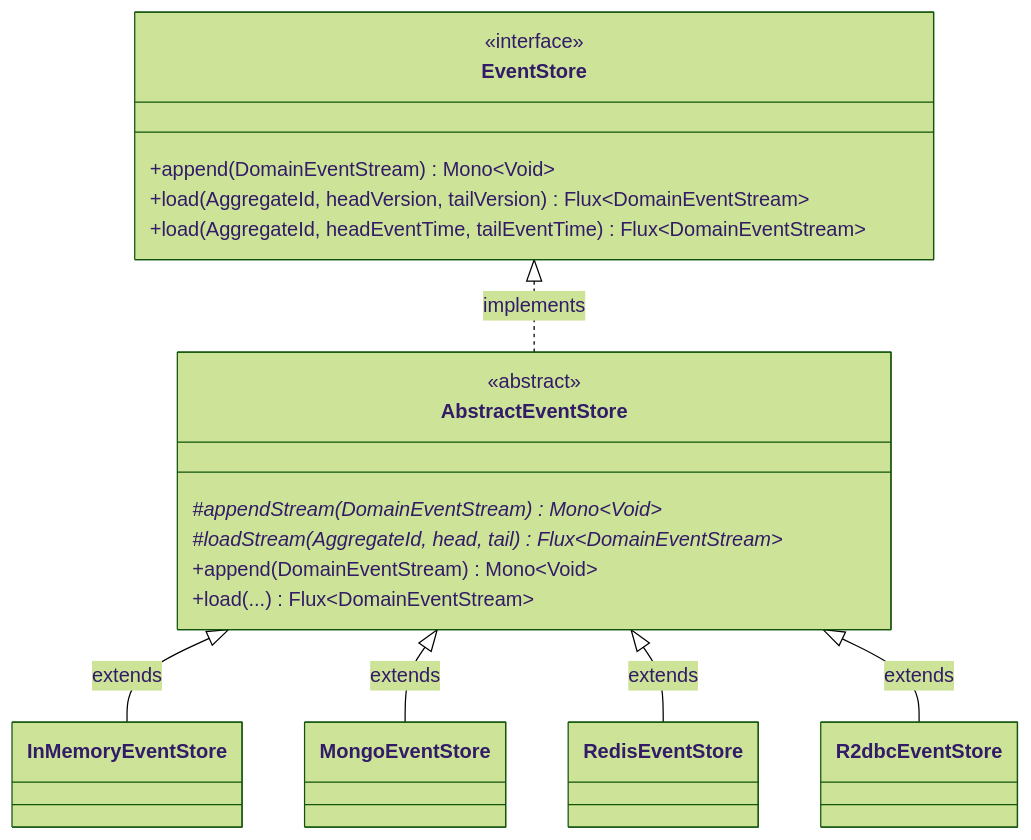
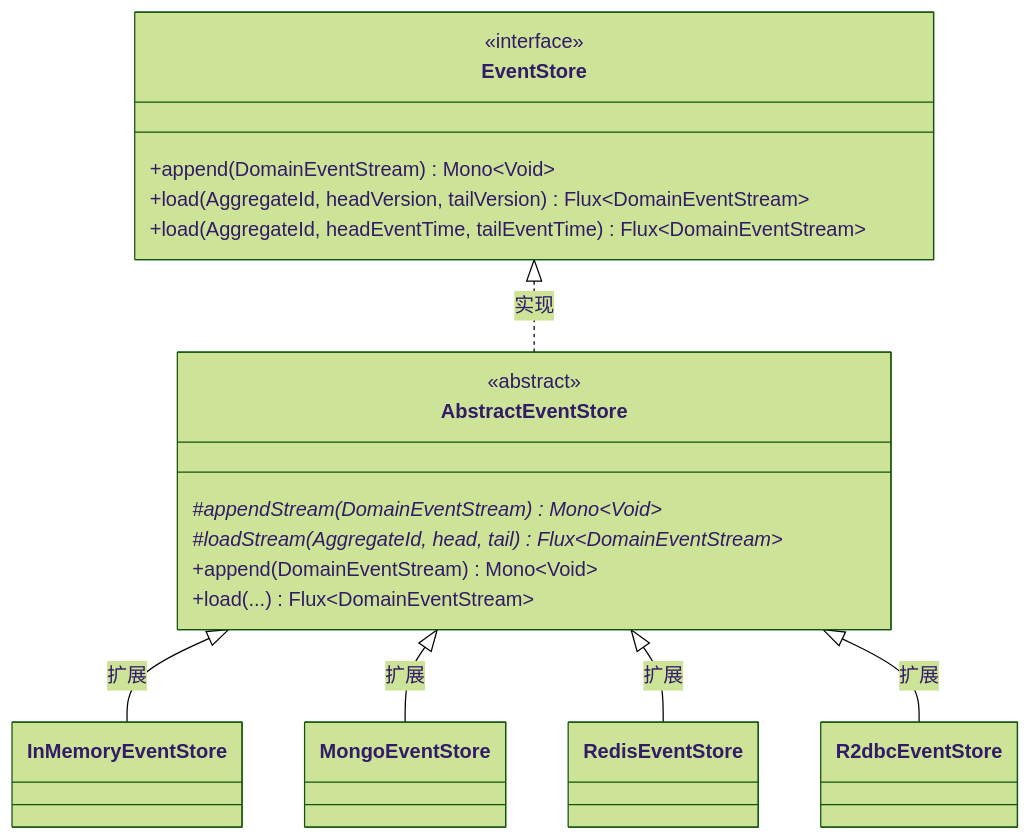
One commit to Ahoo-Wang/Wow changed the third of 4 diagrams in documentation/docs/zh/guide/eventstore.md. Above: the diagram before and after it, drawn with Mermaid (forest theme). The commit also changed other lines of this file and 11 other files, not shown here.

````diff
--- a/documentation/docs/zh/guide/eventstore.md
+++ b/documentation/docs/zh/guide/eventstore.md
@@ -132,26 +132,26 @@
 ```mermaid
 classDiagram
     class EventStore {
         <<interface>>
         +append(DomainEventStream) Mono~Void~
         +load(AggregateId, headVersion, tailVersion) Flux~DomainEventStream~
         +load(AggregateId, headEventTime, tailEventTime) Flux~DomainEventStream~
     }
     class AbstractEventStore {
         <<abstract>>
         #appendStream(DomainEventStream)* Mono~Void~
         #loadStream(AggregateId, head, tail)* Flux~DomainEventStream~
         +append(DomainEventStream) Mono~Void~
         +load(...) Flux~DomainEventStream~
     }
     class InMemoryEventStore
     class MongoEventStore
     class RedisEventStore
     class R2dbcEventStore
 
-    EventStore <|.. AbstractEventStore : implements
-    AbstractEventStore <|-- InMemoryEventStore : extends
-    AbstractEventStore <|-- MongoEventStore : extends
-    AbstractEventStore <|-- RedisEventStore : extends
-    AbstractEventStore <|-- R2dbcEventStore : extends
+    EventStore <|.. AbstractEventStore : 实现
+    AbstractEventStore <|-- InMemoryEventStore : 扩展
+    AbstractEventStore <|-- MongoEventStore : 扩展
+    AbstractEventStore <|-- RedisEventStore : 扩展
+    AbstractEventStore <|-- R2dbcEventStore : 扩展
 ```
````
